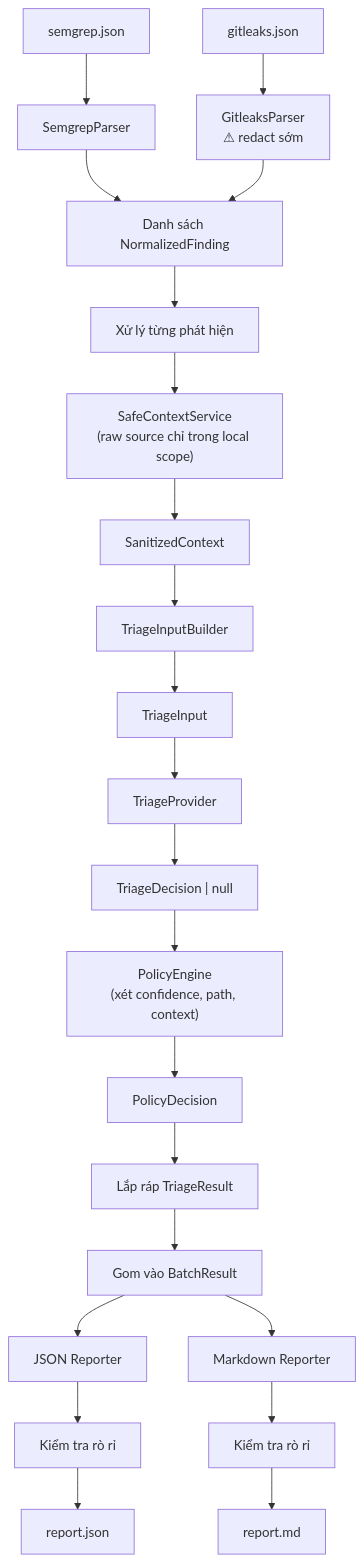
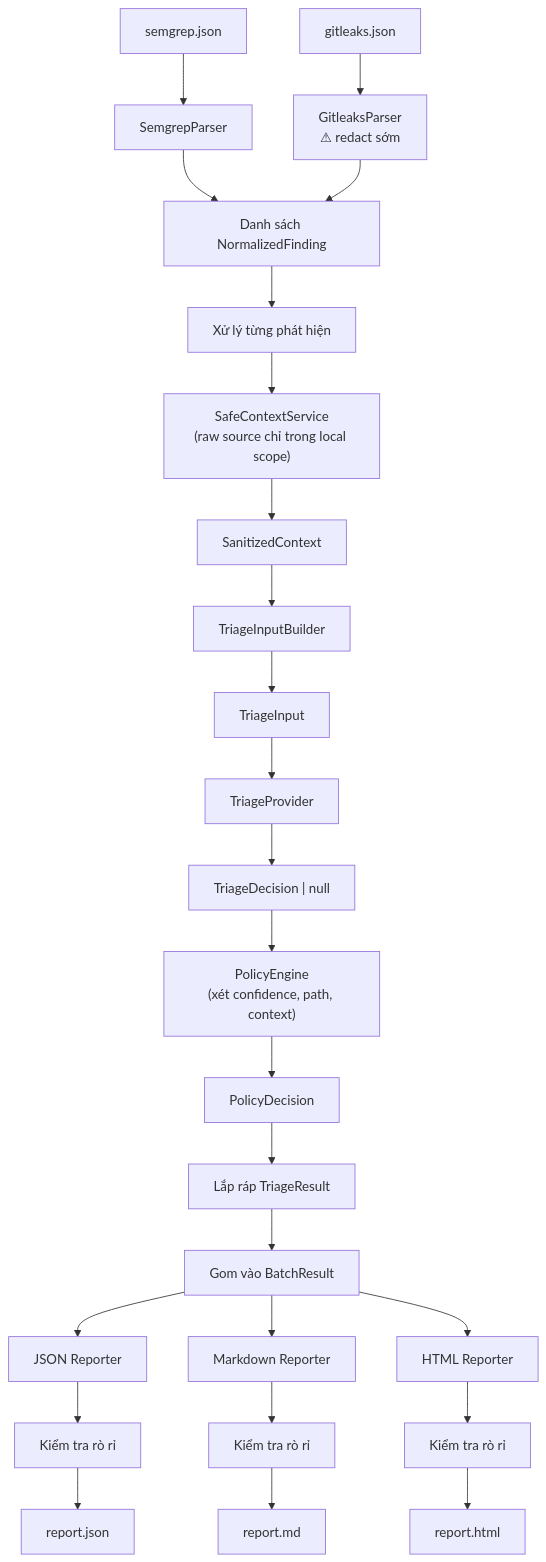
Before and after one commit to cunghande/LLM-Augmented-SAST-Triage-Logic-Bug-Detection-Platform: the third of 3 diagrams in docs/architecture.md, drawn with Mermaid. The commit also changed other lines of this file and 32 other files, not shown here.

````diff
--- a/docs/architecture.md
+++ b/docs/architecture.md
@@ -75,31 +76,33 @@
 ```mermaid
 flowchart TD
     SJ["semgrep.json"] --> SP["SemgrepParser"]
     GJ["gitleaks.json"] --> GP["GitleaksParser\n⚠ redact sớm"]
 
     SP --> FINDINGS["Danh sách NormalizedFinding"]
     GP --> FINDINGS
 
     FINDINGS --> LOOP["Xử lý từng phát hiện"]
 
     LOOP --> SCS["SafeContextService\n(raw source chỉ trong local scope)"]
     SCS --> SC["SanitizedContext"]
 
     SC --> TIB["TriageInputBuilder"]
     TIB --> TI["TriageInput"]
 
     TI --> TP["TriageProvider"]
     TP --> TD["TriageDecision | null"]
 
     TD --> PE["PolicyEngine\n(xét confidence, path, context)"]
     PE --> PD["PolicyDecision"]
 
     PD --> ASSEMBLE["Lắp ráp TriageResult"]
     ASSEMBLE --> COLLECT["Gom vào BatchResult"]
 
     COLLECT --> JR["JSON Reporter"]
     COLLECT --> MR["Markdown Reporter"]
+    COLLECT --> HR["HTML Reporter"]
 
     JR --> LEAK_J["Kiểm tra rò rỉ"] --> JSON_OUT["report.json"]
     MR --> LEAK_M["Kiểm tra rò rỉ"] --> MD_OUT["report.md"]
+    HR --> LEAK_H["Kiểm tra rò rỉ"] --> HTML_OUT["report.html"]
 ```
````
